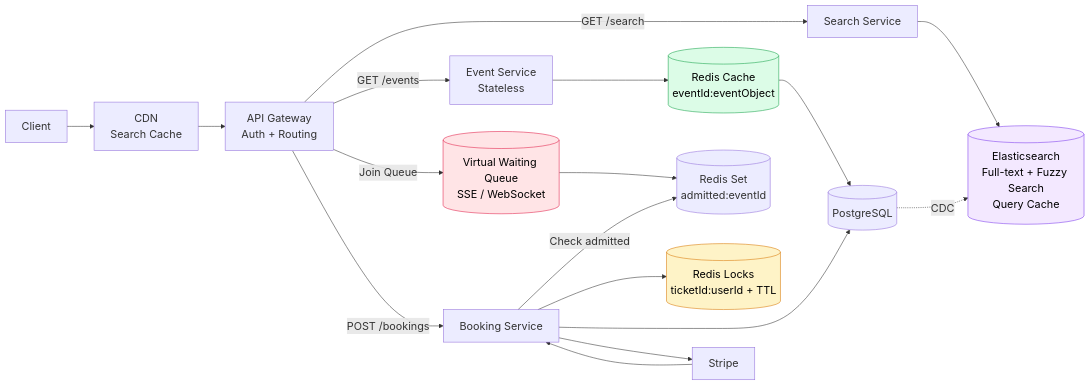
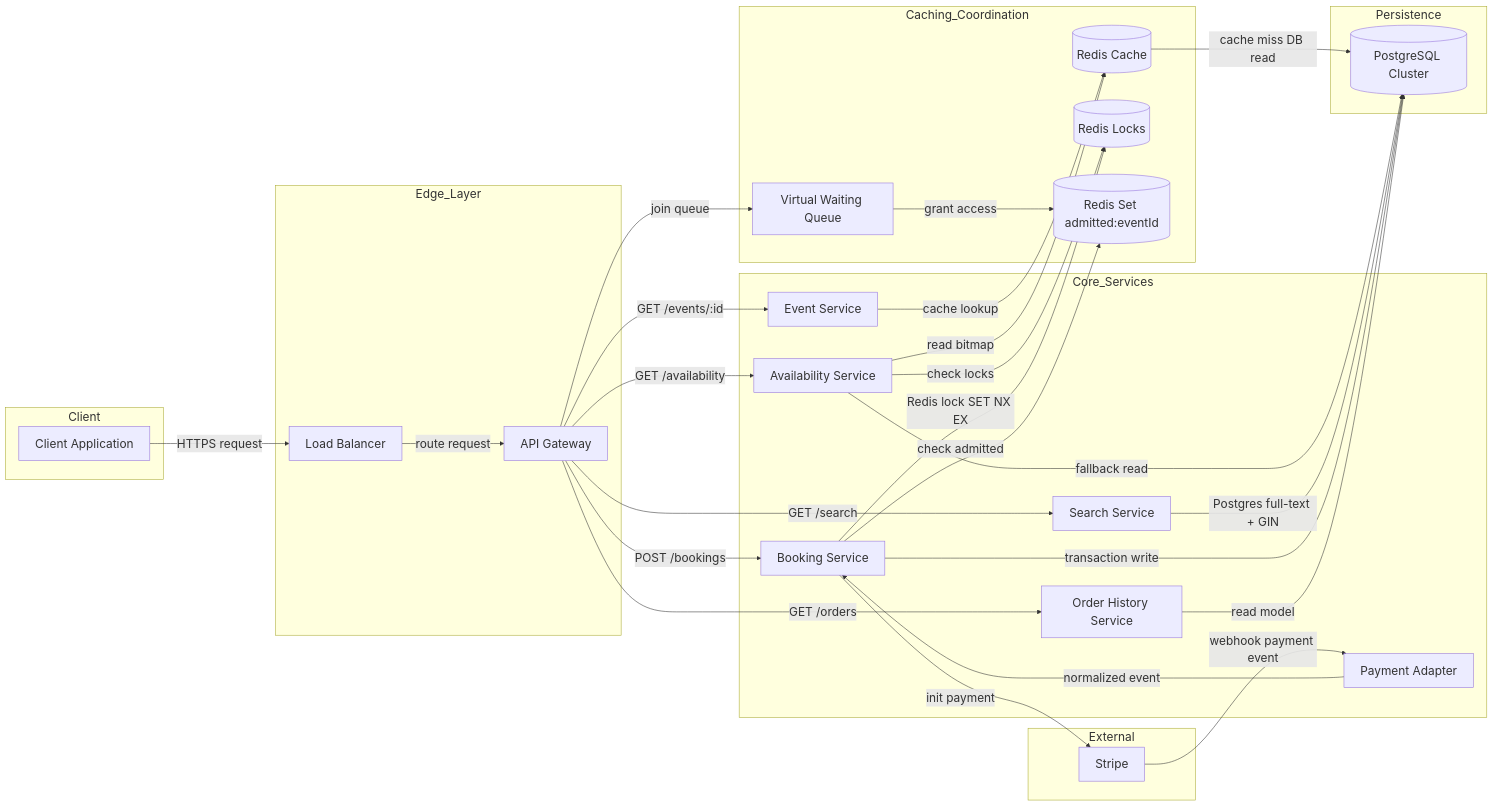
One commit to GeorgeD615/ticket-booking-service changed the second of 10 diagrams in dev-solution.md. Above: the diagram before and after it, drawn with Mermaid. The commit also changed other lines of this file, not shown here.

````diff
--- a/dev-solution.md
+++ b/dev-solution.md
@@ -329,70 +347,75 @@
 ```mermaid
-%%{init: {"themeVariables": {"fontSize": "20px"}}}%%
+%%{init: {"themeVariables": {"fontSize": "22px"}}}%%
 graph LR
 
-  Client[Client]
+  subgraph Client
+    ClientApp[Client Application]
+  end
 
-  CDN[CDN<br/>Search Cache]
+  subgraph Edge_Layer
+    LB[Load Balancer]
+    APIGW[API Gateway]
+  end
 
-  APIGW[API Gateway<br/>Auth + Routing]
+  subgraph Core_Services
+    EventService[Event Service]
+    AvailabilityService[Availability Service]
+    SearchService[Search Service]
+    BookingService[Booking Service]
+    PaymentAdapter[Payment Adapter]
+    OrderService[Order History Service]
+  end
 
-  EventService[Event Service<br/>Stateless]
+  subgraph Caching_Coordination
+    RedisCache[(Redis Cache)]
+    RedisLocks[(Redis Locks)]
+    Admitted[(Redis Set admitted:eventId)]
+    Queue[Virtual Waiting Queue]
+  end
 
-  BookingService[Booking Service]
+  subgraph Persistence
+    Postgres[(PostgreSQL Cluster)]
+  end
 
-  SearchService[Search Service]
+  subgraph External
+    Stripe[Stripe]
+  end
 
-  RedisCache[(Redis Cache<br/>eventId:eventObject)]
+  %% Entry flow
+  ClientApp -->|HTTPS request| LB
+  LB -->|route request| APIGW
 
-  RedisLocks[(Redis Locks<br/>ticketId:userId + TTL)]
+  %% Event flow
+  APIGW -->|GET /events/:id| EventService
+  EventService -->|cache lookup| RedisCache
+  RedisCache -->|cache miss DB read| Postgres
 
-  Queue[(Virtual Waiting Queue<br/>SSE / WebSocket)]
+  %% Availability flow
+  APIGW -->|GET /availability| AvailabilityService
+  AvailabilityService -->|read bitmap| RedisCache
+  AvailabilityService -->|check locks| RedisLocks
+  AvailabilityService -->|fallback read| Postgres
 
-  Admitted[(Redis Set<br/>admitted:eventId)]
+  %% Search flow (GIN / FTS)
+  APIGW -->|GET /search| SearchService
+  SearchService -->|Postgres full-text + GIN| Postgres
 
-  Elasticsearch[(Elasticsearch<br/>Full-text + Fuzzy Search<br/>Query Cache)]
+  %% Booking flow
+  APIGW -->|POST /bookings| BookingService
+  BookingService -->|check admitted| Admitted
+  BookingService -->|Redis lock SET NX EX| RedisLocks
+  BookingService -->|transaction write| Postgres
+  BookingService -->|init payment| Stripe
 
-  Postgres[(PostgreSQL)]
+  %% Payment flow
+  Stripe -->|webhook payment event| PaymentAdapter
+  PaymentAdapter -->|normalized event| BookingService
 
-  Stripe[Stripe]
+  %% Queue flow
+  APIGW -->|join queue| Queue
+  Queue -->|grant access| Admitted
 
-  %% Client Flow
-  Client --> CDN
-  CDN --> APIGW
-
-  %% Search
-  APIGW -->|GET /search| SearchService
-  SearchService --> Elasticsearch
-  Postgres -. CDC .-> Elasticsearch
-
-  %% Event Read Path
-  APIGW -->|GET /events| EventService
-  EventService --> RedisCache
-  RedisCache --> Postgres
-
-  %% Queue
-  APIGW -->|Join Queue| Queue
-  Queue --> Admitted
-
-  %% Booking
-  APIGW -->|POST /bookings| BookingService
-
-  BookingService -->|Check admitted| Admitted
-
-  BookingService --> RedisLocks
-  BookingService --> Postgres
-
-  BookingService --> Stripe
-  Stripe --> BookingService
-
-  %% Notes
-  Elasticsearch:::search
-  RedisLocks:::lock
-  Queue:::queue
-  RedisCache:::cache
-
-  classDef search fill:#f3e8ff,stroke:#7c3aed,color:#000;
-  classDef lock fill:#fef3c7,stroke:#d97706,color:#000;
-  classDef queue fill:#ffe4e6,stroke:#e11d48,color:#000;
-  classDef cache fill:#dcfce7,stroke:#16a34a,color:#000;
+  %% Orders
+  APIGW -->|GET /orders| OrderService
+  OrderService -->|read model| Postgres
 ```
````
